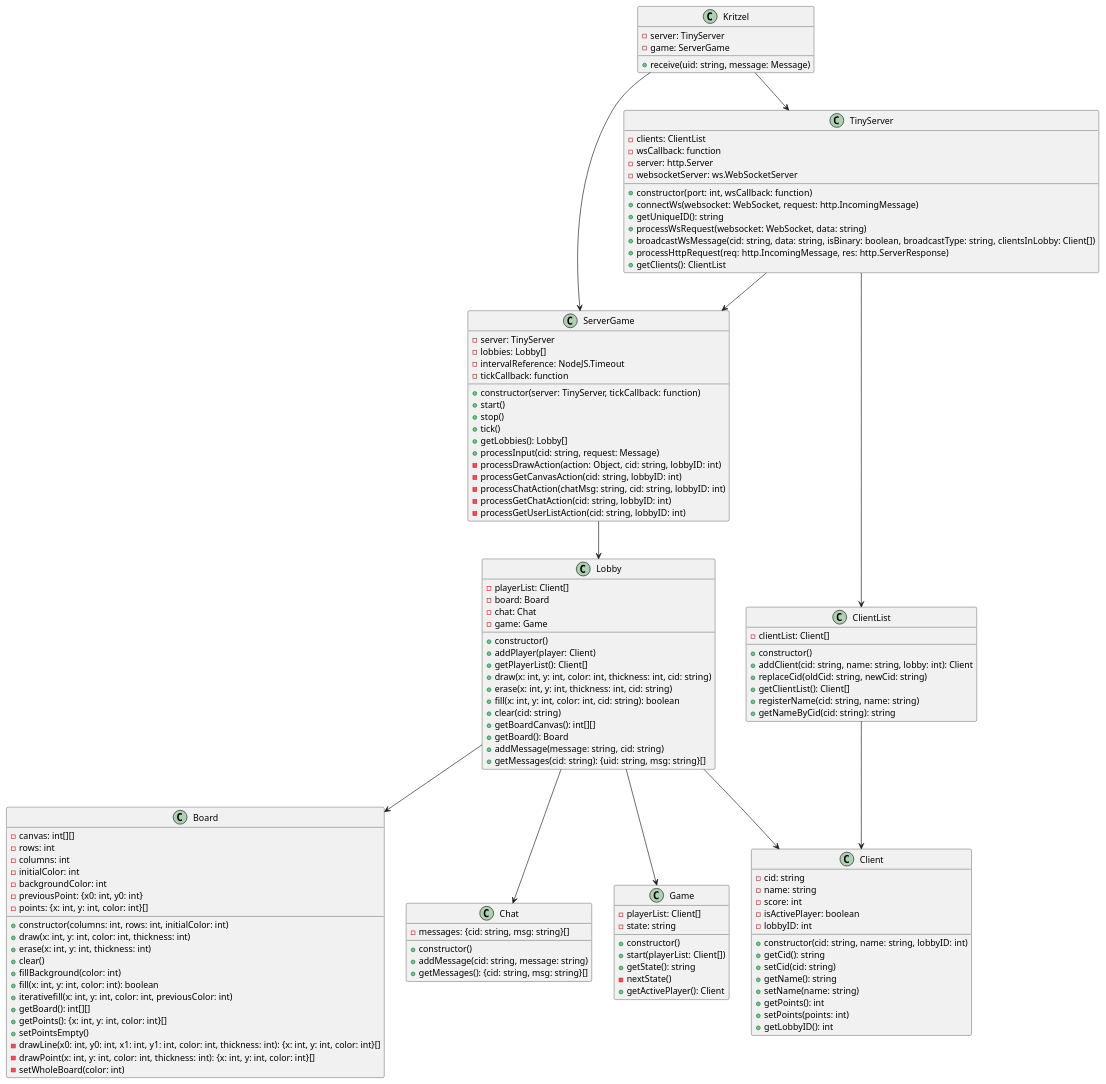
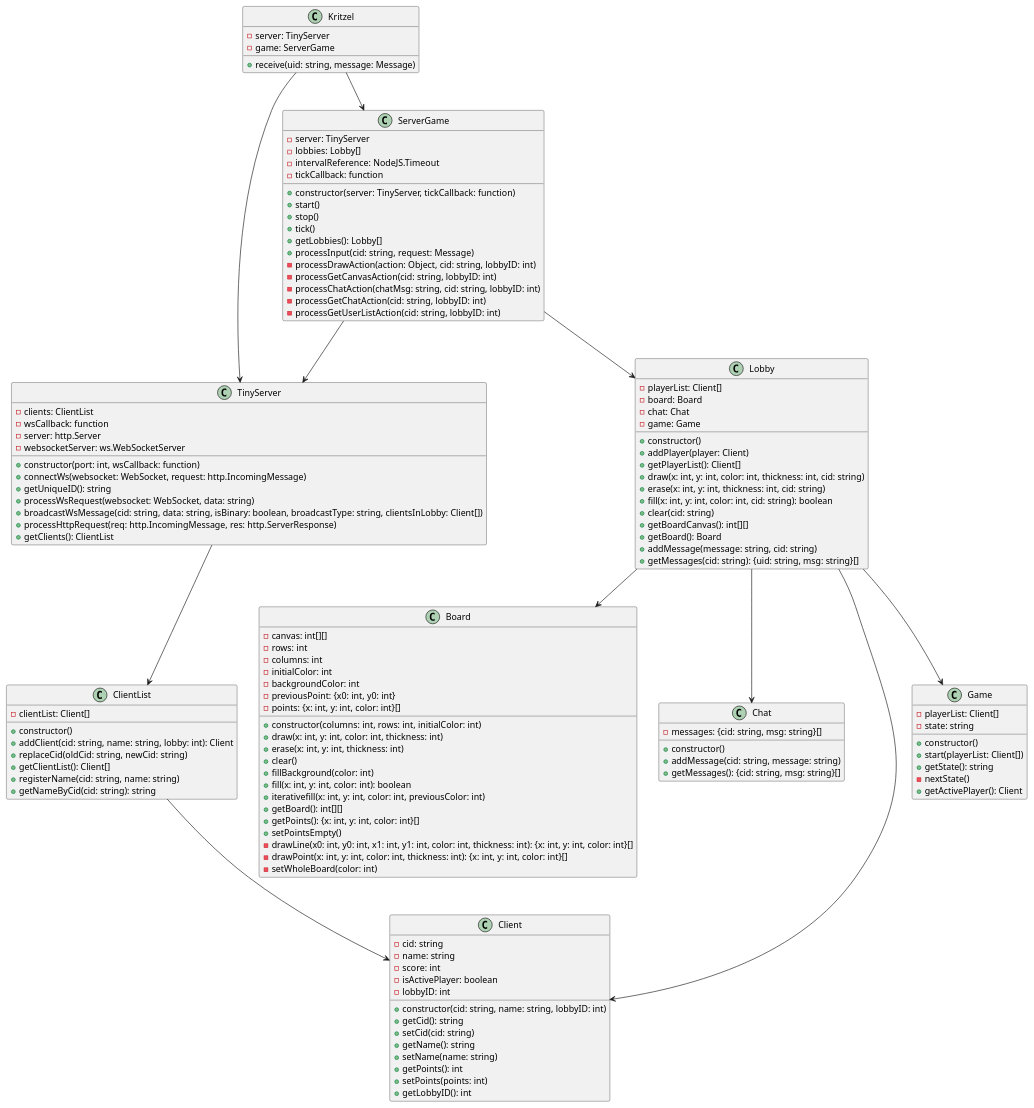
Before and after one commit to mhdbaselar/Kritzel: the diagram in docs/UML Diagramme/CDBackend.wsd, drawn with PlantUML.

Commit message:
Klassendiagramm kleiner Fehler Vererbung behoben

```diff
--- a/docs/UML Diagramme/CDBackend.wsd
+++ b/docs/UML Diagramme/CDBackend.wsd
@@ -1,135 +1,135 @@
 @startuml CDBackend
 class Kritzel {
     - server: TinyServer
     - game: ServerGame
     + receive(uid: string, message: Message)
 }
 
 class TinyServer {
     - clients: ClientList
     - wsCallback: function
     - server: http.Server
     - websocketServer: ws.WebSocketServer
     + constructor(port: int, wsCallback: function)
     + connectWs(websocket: WebSocket, request: http.IncomingMessage)
     + getUniqueID(): string
     + processWsRequest(websocket: WebSocket, data: string)
     + broadcastWsMessage(cid: string, data: string, isBinary: boolean, broadcastType: string, clientsInLobby: Client[])
     + processHttpRequest(req: http.IncomingMessage, res: http.ServerResponse)
     + getClients(): ClientList
 }
 
 class ServerGame {
     - server: TinyServer
     - lobbies: Lobby[]
     - intervalReference: NodeJS.Timeout
     - tickCallback: function
     + constructor(server: TinyServer, tickCallback: function)
     + start()
     + stop()
     + tick()
     + getLobbies(): Lobby[]
     + processInput(cid: string, request: Message)
     - processDrawAction(action: Object, cid: string, lobbyID: int)
     - processGetCanvasAction(cid: string, lobbyID: int)
     - processChatAction(chatMsg: string, cid: string, lobbyID: int)
     - processGetChatAction(cid: string, lobbyID: int)
     - processGetUserListAction(cid: string, lobbyID: int)
 }
 
 class Lobby {
     - playerList: Client[]
     - board: Board
     - chat: Chat
     - game: Game
     + constructor()
     + addPlayer(player: Client)
     + getPlayerList(): Client[]
     + draw(x: int, y: int, color: int, thickness: int, cid: string)
     + erase(x: int, y: int, thickness: int, cid: string)
     + fill(x: int, y: int, color: int, cid: string): boolean
     + clear(cid: string)
     + getBoardCanvas(): int[][]
     + getBoard(): Board
     + addMessage(message: string, cid: string)
     + getMessages(cid: string): {uid: string, msg: string}[]
 }
 
 class Board {
     - canvas: int[][]
     - rows: int
     - columns: int
     - initialColor: int
     - backgroundColor: int
     - previousPoint: {x0: int, y0: int}
     - points: {x: int, y: int, color: int}[]
     + constructor(columns: int, rows: int, initialColor: int)
     + draw(x: int, y: int, color: int, thickness: int)
     + erase(x: int, y: int, thickness: int)
     + clear()
     + fillBackground(color: int)
     + fill(x: int, y: int, color: int): boolean
     + iterativefill(x: int, y: int, color: int, previousColor: int)
     + getBoard(): int[][]
     + getPoints(): {x: int, y: int, color: int}[]
     + setPointsEmpty()
     - drawLine(x0: int, y0: int, x1: int, y1: int, color: int, thickness: int): {x: int, y: int, color: int}[]
     - drawPoint(x: int, y: int, color: int, thickness: int): {x: int, y: int, color: int}[]
     - setWholeBoard(color: int)
 }
 
 class Chat {
     - messages: {cid: string, msg: string}[]
     + constructor()
     + addMessage(cid: string, message: string)
     + getMessages(): {cid: string, msg: string}[]
 }
 
 class ClientList {
     - clientList: Client[]
     + constructor()
     + addClient(cid: string, name: string, lobby: int): Client
     + replaceCid(oldCid: string, newCid: string)
     + getClientList(): Client[]
     + registerName(cid: string, name: string)
     + getNameByCid(cid: string): string
 }
 
 class Client {
     - cid: string
     - name: string
     - score: int
     - isActivePlayer: boolean
     - lobbyID: int
     + constructor(cid: string, name: string, lobbyID: int)
     + getCid(): string
     + setCid(cid: string)
     + getName(): string
     + setName(name: string)
     + getPoints(): int
     + setPoints(points: int)
     + getLobbyID(): int
 }
 
 class Game {
     - playerList: Client[]
     - state: string
     + constructor()
     + start(playerList: Client[])
     + getState(): string
     - nextState()
     + getActivePlayer(): Client
 }
 
 Kritzel --> TinyServer
 Kritzel --> ServerGame
 TinyServer --> ClientList
-TinyServer --> ServerGame
+ServerGame --> TinyServer
 ServerGame --> Lobby
 Lobby --> Board
 Lobby --> Chat
 Lobby --> Game
 Lobby --> Client
 ClientList --> Client
 
 @enduml
```
